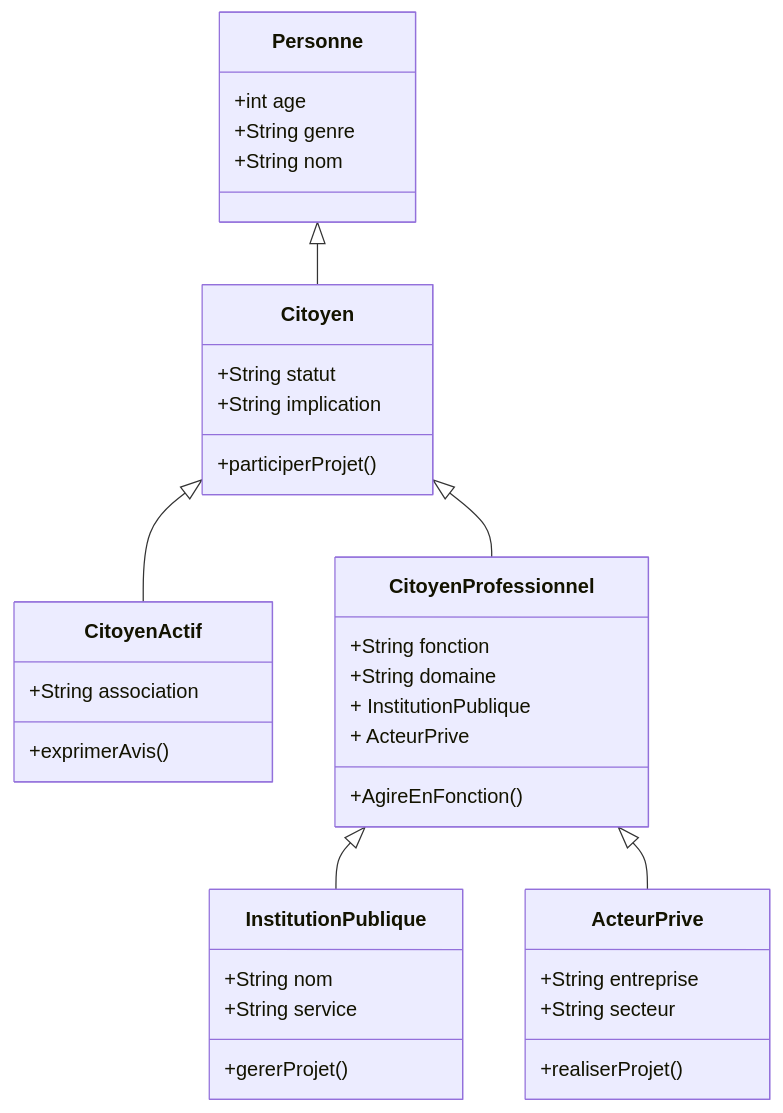
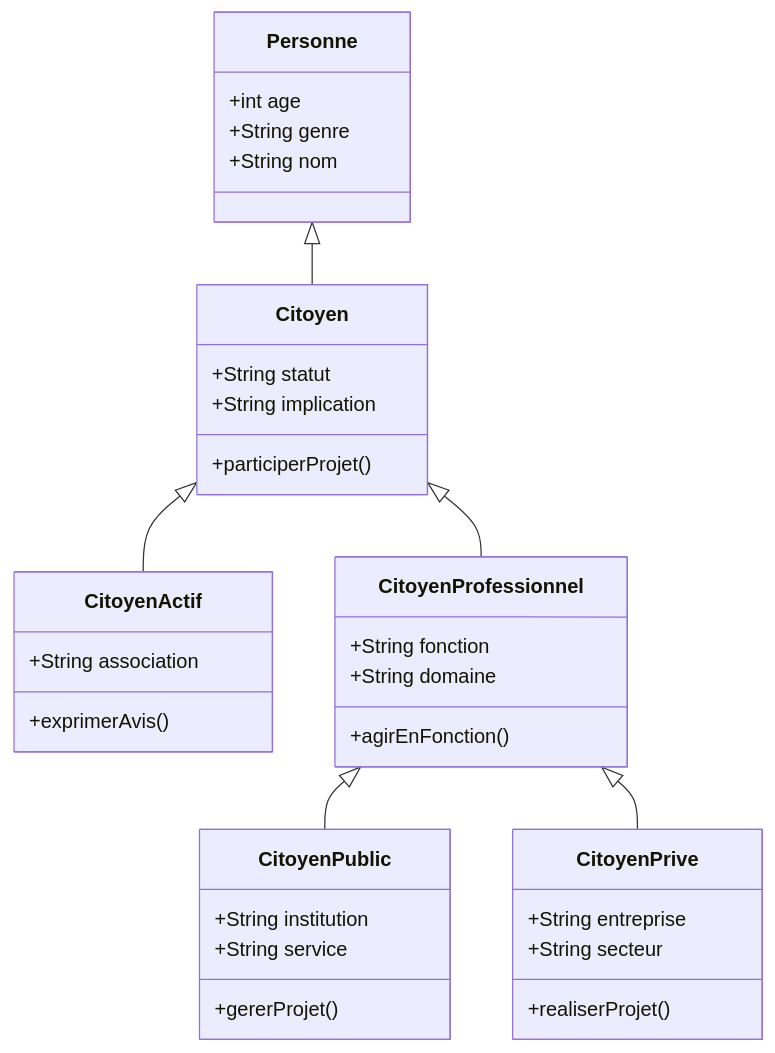
One commit to kahiarchi/plaine---saint--Denis---batiment- changed the diagram in acteurskahiarchi.md. Above: the diagram before and after it, drawn with Mermaid.

````diff
--- a/acteurskahiarchi.md
+++ b/acteurskahiarchi.md
@@ -1,42 +1,44 @@
 ```mermaid
 classDiagram
     Personne <|-- Citoyen
     Citoyen <|-- CitoyenActif
     Citoyen <|-- CitoyenProfessionnel
-
-    CitoyenProfessionnel <|-- InstitutionPublique
-    CitoyenProfessionnel <|-- ActeurPrive
+    CitoyenProfessionnel <|-- CitoyenPublic
+    CitoyenProfessionnel <|-- CitoyenPrive
 
   class Personne {
      +int age
      +String genre
      +String nom
-    }
+  }
+
   class Citoyen {
      +String statut 
      +String implication
      +participerProjet()
-    }
-  class CitoyenActif{
-          +String association
-          +exprimerAvis()
-          }
-    class CitoyenProfessionnel{
-      +String fonction
-      +String domaine
-      + InstitutionPublique
-      + ActeurPrive
-      +AgireEnFonction()
-     }
-   class InstitutionPublique{
-      +String nom
-      +String service
-      +gererProjet()
-     }
-   class ActeurPrive{
-      +String entreprise
-      +String secteur
-      +realiserProjet()
-     }
+  }
+
+  class CitoyenActif {
+     +String association
+     +exprimerAvis()
+  }
+
+  class CitoyenProfessionnel {
+     +String fonction
+     +String domaine
+     +agirEnFonction()
+  }
+
+  class CitoyenPublic {
+     +String institution
+     +String service
+     +gererProjet()
+  }
+
+  class CitoyenPrive {
+     +String entreprise
+     +String secteur
+     +realiserProjet()
+  }
   
 ```
````
